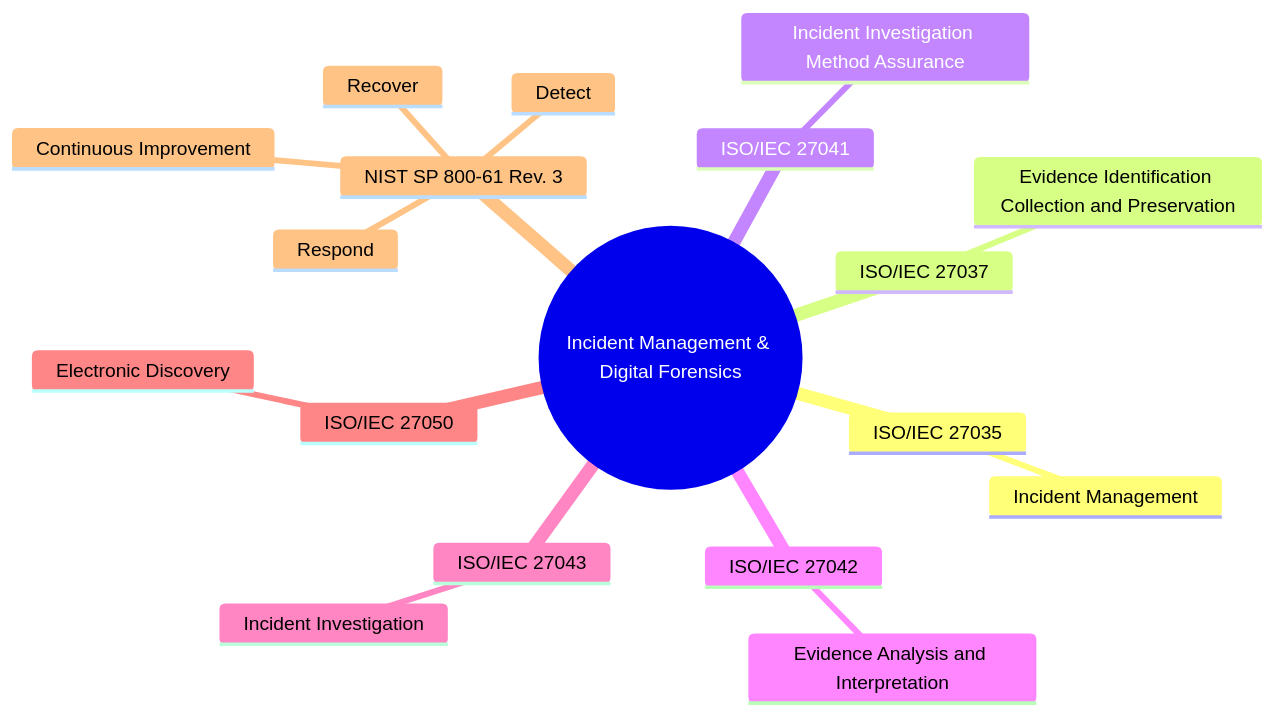
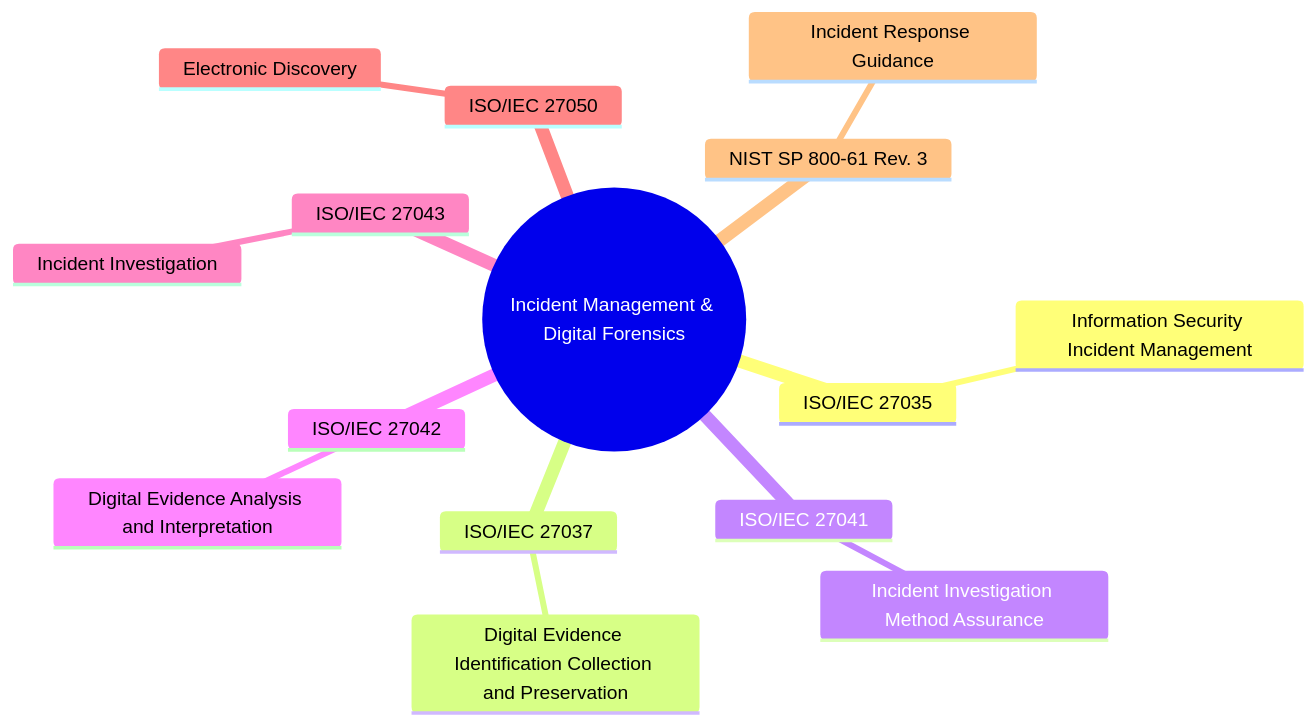
The diagram in cybersecurity-grc-map/docs/incident-forensics.md (carybdea/mindmaps), drawn with Mermaid before and after one commit. The commit also changed 19 other files, not shown here.

First line of the commit message:
Reorganize mind map structure

````diff
--- a/cybersecurity-grc-map/docs/incident-forensics.md
+++ b/cybersecurity-grc-map/docs/incident-forensics.md
@@ -3,21 +3,18 @@
 ```mermaid
 mindmap
   root((Incident Management & Digital Forensics))
     ISO/IEC 27035
-      Incident Management
+      Information Security Incident Management
     ISO/IEC 27037
-      Evidence Identification Collection and Preservation
+      Digital Evidence Identification Collection and Preservation
     ISO/IEC 27041
       Incident Investigation Method Assurance
     ISO/IEC 27042
-      Evidence Analysis and Interpretation
+      Digital Evidence Analysis and Interpretation
     ISO/IEC 27043
       Incident Investigation
     ISO/IEC 27050
       Electronic Discovery
     NIST SP 800-61 Rev. 3
-      Detect
-      Respond
-      Recover
-      Continuous Improvement
+      Incident Response Guidance
 ```
````
